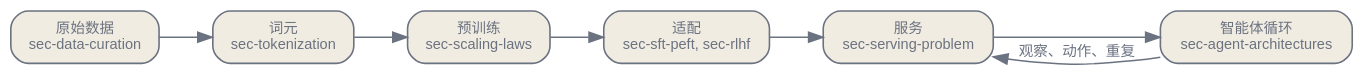
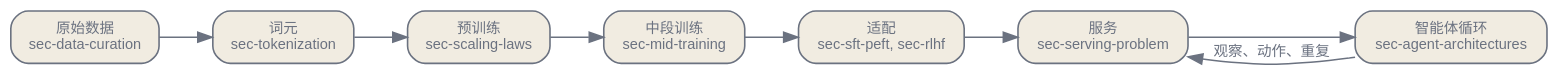
Before and after one commit to latere-ai/ai-as-an-infrastructure: the first of 3 diagrams in zh/orientation/01-whole-stack.qmd, drawn with Graphviz. The commit also changed other lines of this file and 22 other files, not shown here.

Commit message:
foundations: add mid-training bridge chapter

````diff
--- a/zh/orientation/01-whole-stack.qmd
+++ b/zh/orientation/01-whole-stack.qmd
@@ -33,23 +35,25 @@
 ```{dot}
 //| label: fig-whole-stack-pipeline
 //| fig-cap: "一个请求在栈中的追踪，从网络抓取的语料到一个观察并动作的智能体循环。每个方块都标出该层以及负责它的章节。"
 digraph {
   bgcolor="transparent";
   rankdir=LR;
   nodesep=0.4; ranksep=0.5;
   node [shape=box, style="rounded,filled", fontname="Helvetica", fontsize=10, color="#6b7280", fontcolor="#6b7280", fillcolor="#f1ece1", penwidth=1.1];
   edge [fontsize=10, fontname="Helvetica", color="#6b7280", fontcolor="#6b7280"];
   D [label="原始数据\nsec-data-curation"];
   T [label="词元\nsec-tokenization"];
   P [label="预训练\nsec-scaling-laws"];
+  M [label="中段训练\nsec-mid-training"];
   A [label="适配\nsec-sft-peft, sec-rlhf"];
   S [label="服务\nsec-serving-problem"];
   G [label="智能体循环\nsec-agent-architectures"];
   D -> T;
   T -> P;
-  P -> A;
+  P -> M;
+  M -> A;
   A -> S;
   S -> G;
   G -> S [label="观察、动作、重复"];
 }
 ```
````
